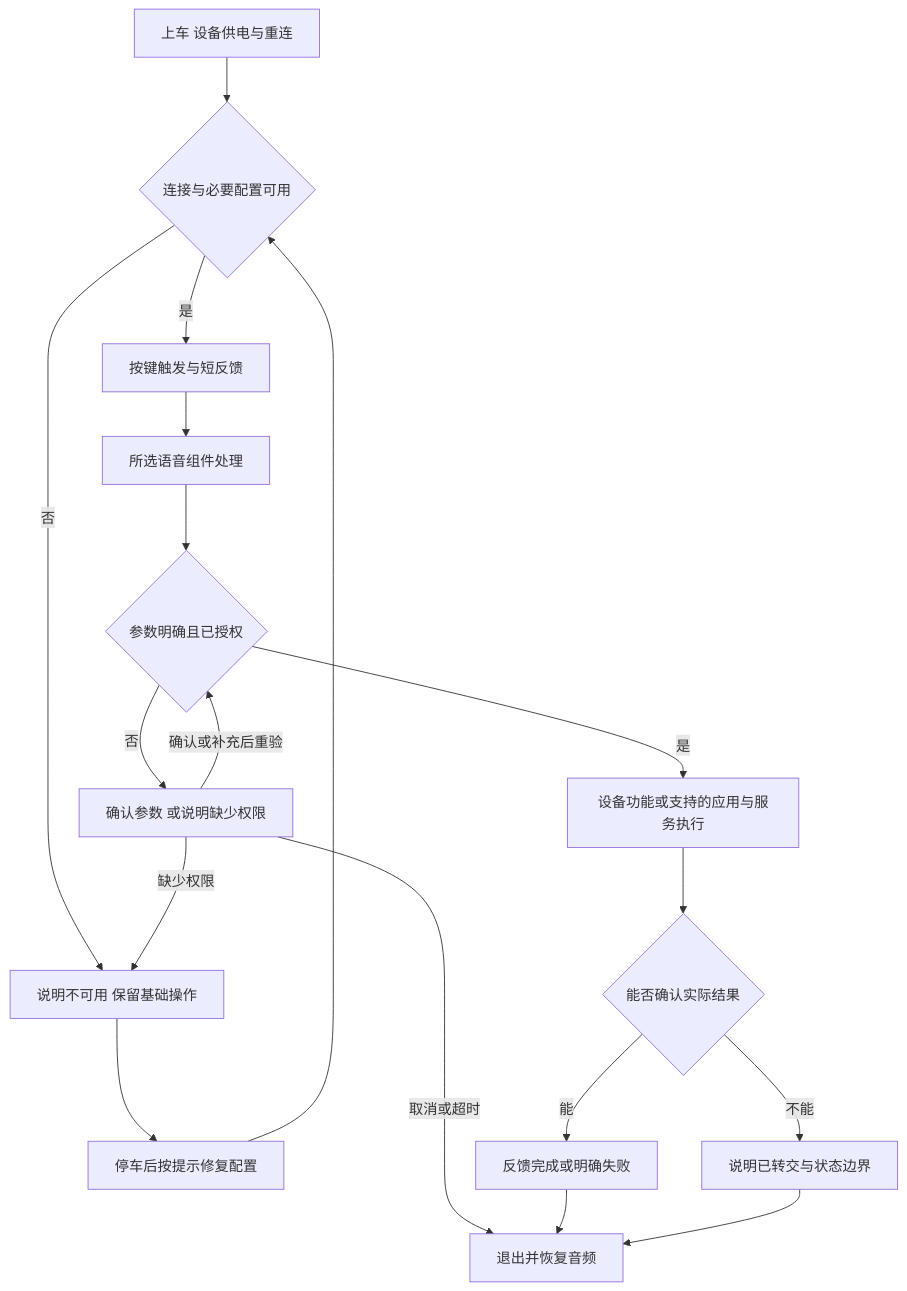
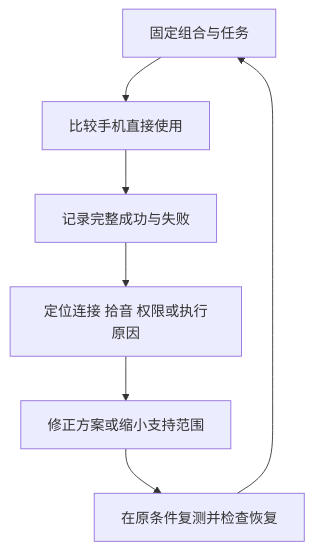
The diagram in dist/diagrams/fig-10.mmd (DreamSoul-AI/in-vehicle-ai-research), drawn with Mermaid before and after one commit. The commit also changed 42 other files, not shown here.

```diff
--- a/dist/diagrams/fig-10.mmd
+++ b/dist/diagrams/fig-10.mmd
@@ -1,19 +1,8 @@
-%% title: 从上车到任务结果的完整闭环
-flowchart TD
-  A[上车 设备供电与重连] --> B{连接与必要配置可用}
-  B -->|否| X[说明不可用 保留基础操作]
-  X --> Y[停车后按提示修复配置]
-  Y --> B
-  B -->|是| C[按键触发与短反馈]
-  C --> D[所选语音组件处理]
-  D --> E{参数明确且已授权}
-  E -->|否| F[确认参数 或说明缺少权限]
-  F -->|确认或补充后重验| E
-  F -->|缺少权限| X
-  F -->|取消或超时| Z[退出并恢复音频]
-  E -->|是| G[设备功能或支持的应用与服务执行]
-  G --> H{能否确认实际结果}
-  H -->|能| I[反馈完成或明确失败]
-  H -->|不能| J[说明已转交与状态边界]
-  I --> Z
-  J --> Z
+%% title: 任务验证与改进闭环
+flowchart TB
+  A[固定组合与任务] --> B[比较手机直接使用]
+  B --> C[记录完整成功与失败]
+  C --> D[定位连接 拾音 权限或执行原因]
+  D --> E[修正方案或缩小支持范围]
+  E --> F[在原条件复测并检查恢复]
+  F --> A
```
